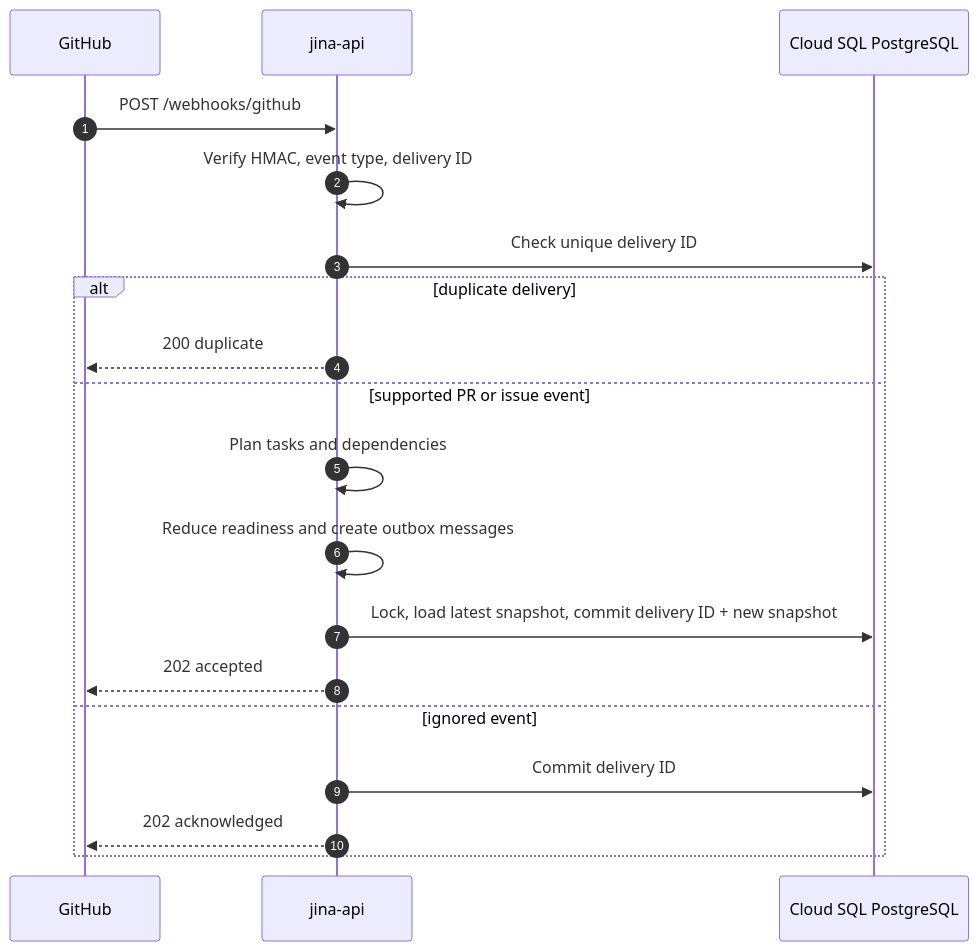
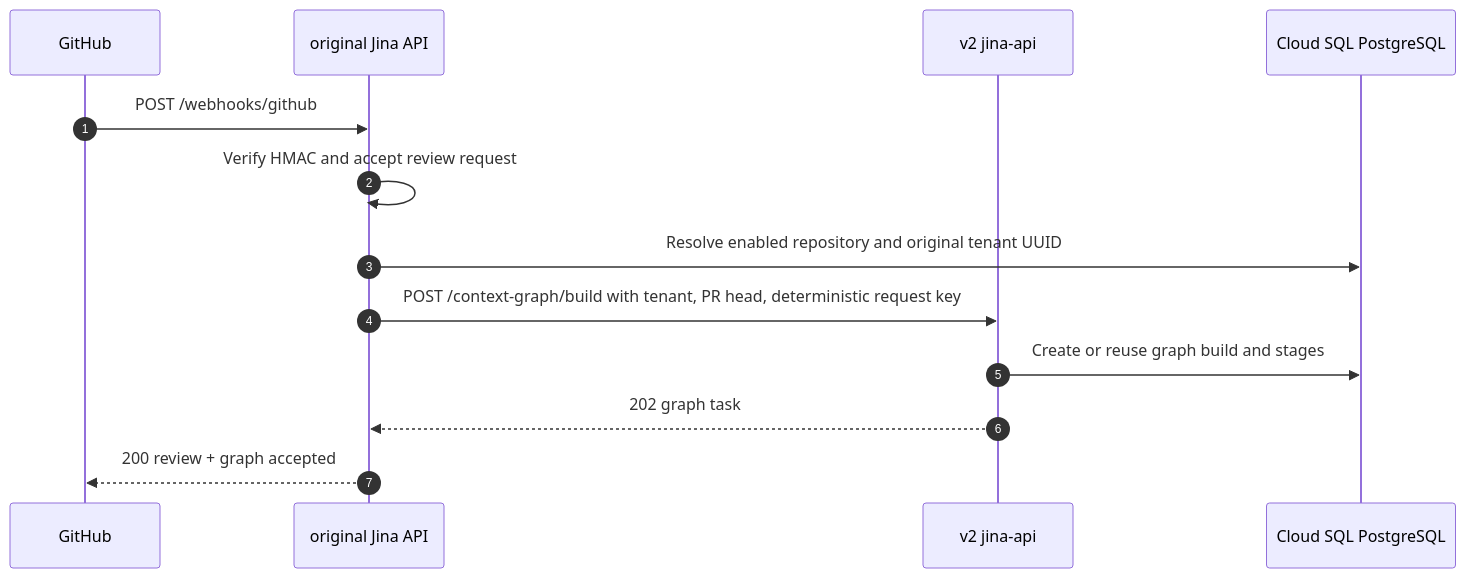
The first of 6 diagrams in docs/SEQUENCE_DIAGRAM.md (keon/jina-context-wiki-e2e-20260808), drawn with Mermaid before and after one commit. The commit also changed other lines of this file and 8 other files, not shown here.

Commit message:
Accept review graph builds from original Jina

````diff
--- a/docs/SEQUENCE_DIAGRAM.md
+++ b/docs/SEQUENCE_DIAGRAM.md
@@ -9,22 +9,16 @@
 ```mermaid
 sequenceDiagram
     autonumber
     participant GitHub
-    participant API as jina-api
+    participant Original as original Jina API
+    participant API as v2 jina-api
     participant DB as Cloud SQL PostgreSQL
 
-    GitHub->>API: POST /webhooks/github
-    API->>API: Verify HMAC, event type, delivery ID
-    API->>DB: Check unique delivery ID
-    alt duplicate delivery
-        API-->>GitHub: 200 duplicate
-    else supported PR or issue event
-        API->>API: Plan tasks and dependencies
-        API->>API: Reduce readiness and create outbox messages
-        API->>DB: Lock, load latest snapshot, commit delivery ID + new snapshot
-        API-->>GitHub: 202 accepted
-    else ignored event
-        API->>DB: Commit delivery ID
-        API-->>GitHub: 202 acknowledged
-    end
+    GitHub->>Original: POST /webhooks/github
+    Original->>Original: Verify HMAC and accept review request
+    Original->>DB: Resolve enabled repository and original tenant UUID
+    Original->>API: POST /context-graph/build with tenant, PR head, deterministic request key
+    API->>DB: Create or reuse graph build and stages
+    API-->>Original: 202 graph task
+    Original-->>GitHub: 200 review + graph accepted
 ```
````
